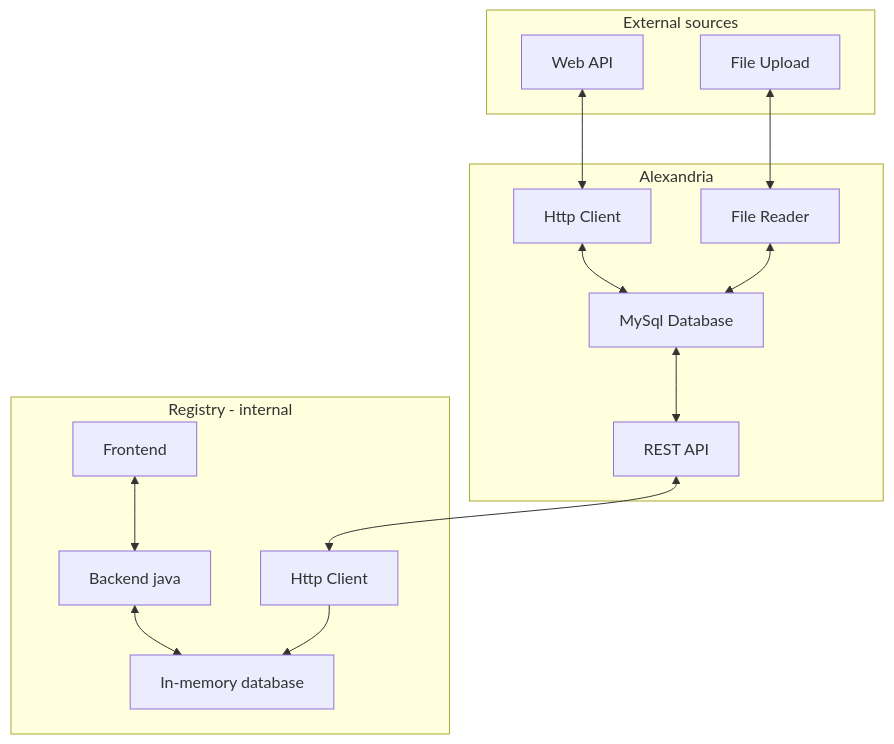
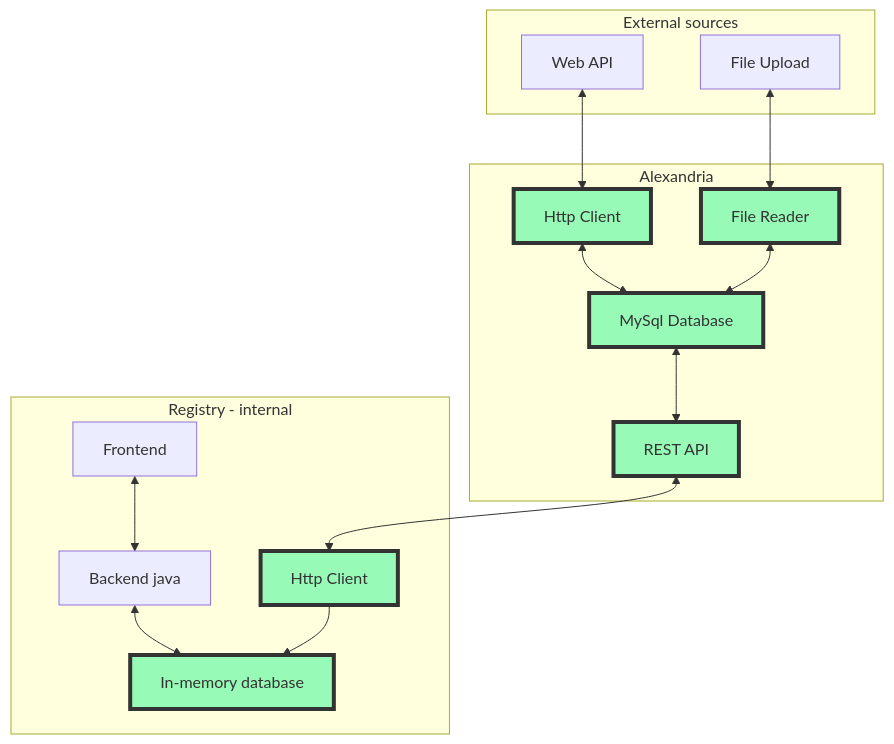
One commit to krined-dev/alexandria changed the diagram in docs/Forprosjekt.md. Above: the diagram before and after it, drawn with Mermaid. The commit also changed other lines of this file, not shown here.

````diff
--- a/docs/Forprosjekt.md
+++ b/docs/Forprosjekt.md
@@ -53,18 +66,24 @@
 ```mermaid
 
 flowchart TB
     subgraph Registry[Registry - internal]
     jsp[Frontend]<-->backend[Backend java]<-->db[In-memory database ]
     http[Http Client]-->db
     end
     subgraph Alexandria
     alex[REST API]<-->http
     alexDb[MySql Database]<-->alex
     alexHttp[Http Client]<-->alexDb
     alexFileReader[File Reader]<-->alexDb
     end
     subgraph External[External sources]
     fileUpload[File Upload]<-->alexFileReader
     API[Web API]<-->alexHttp
     end
+    style alex fill:#98fab7,stroke:#333,stroke-width:4px
+    style alexDb fill:#98fab7,stroke:#333,stroke-width:4px
+    style alexHttp fill:#98fab7,stroke:#333,stroke-width:4px
+    style alexFileReader fill:#98fab7,stroke:#333,stroke-width:4px
+    style http fill:#98fab7,stroke:#333,stroke-width:4px
+    style db fill:#98fab7,stroke:#333,stroke-width:4px
 ```
````
